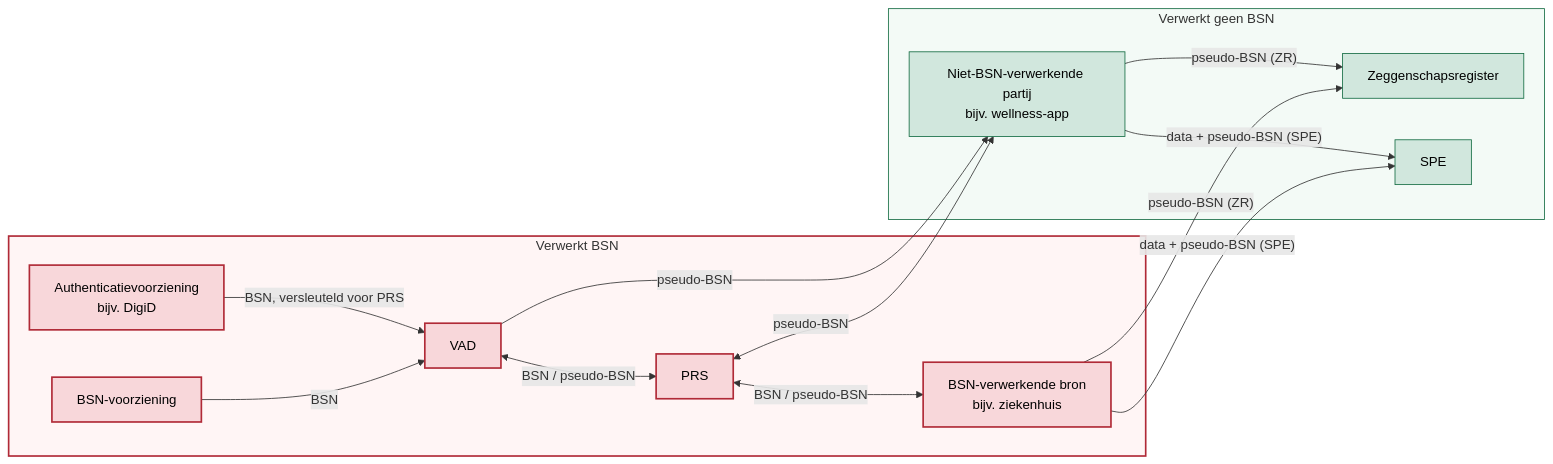
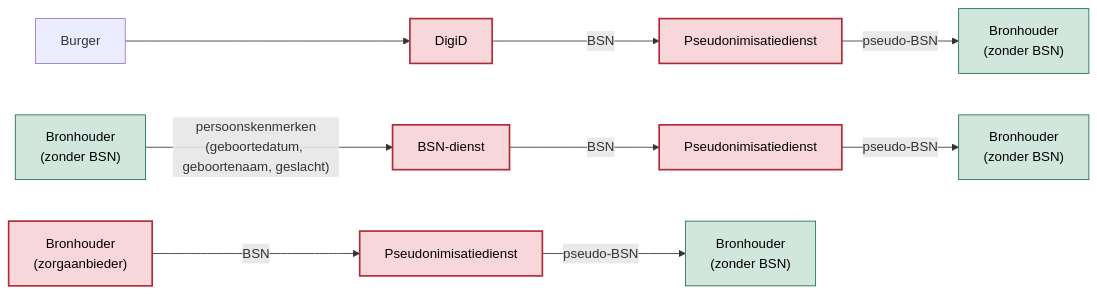
The first of 9 diagrams in input/pagecontent/identification-sg.md (minvws/generiekefuncties-docs), drawn with Mermaid before and after one commit. The commit also changed other lines of this file and 1 other file, not shown here.

````diff
--- a/input/pagecontent/identification-sg.md
+++ b/input/pagecontent/identification-sg.md
@@ -112,34 +107,18 @@
 ```mermaid
 flowchart LR
-    subgraph bsn["Verwerkt BSN"]
-        digid["Authenticatievoorziening<br/>bijv. DigiD"]
-        sbvz["BSN-voorziening"]
-        vad["VAD"]
-        prs["PRS"]
-        bron["BSN-verwerkende bron<br/>bijv. ziekenhuis"]
-    end
+    burger["Burger"] --> digid["DigiD"]
+    digid -- "BSN" --> pd1["Pseudonimisatiedienst"]
+    pd1 -- "pseudo-BSN" --> nv1["Bronhouder<br/>(zonder BSN)"]
 
-    subgraph geenbsn["Verwerkt geen BSN"]
-        partij["Niet-BSN-verwerkende partij<br/>bijv. wellness-app"]
-        zr["Zeggenschapsregister"]
-        spe["SPE"]
-    end
+    nv2a["Bronhouder<br/>(zonder BSN)"] -- "persoonskenmerken<br/>(geboortedatum, geboortenaam, geslacht)" --> bd["BSN-dienst"]
+    bd -- "BSN" --> pd2["Pseudonimisatiedienst"]
+    pd2 -- "pseudo-BSN" --> nv2b["Bronhouder<br/>(zonder BSN)"]
 
-    digid -- "BSN, versleuteld voor PRS" --> vad
-    sbvz -- "BSN" --> vad
-    vad <-->|"BSN / pseudo-BSN"| prs
-    prs <-->|"BSN / pseudo-BSN"| bron
-    vad -- "pseudo-BSN" --> partij
-    prs <-->|"pseudo-BSN"| partij
-    partij -- "pseudo-BSN (ZR)" --> zr
-    partij -- "data + pseudo-BSN (SPE)" --> spe
-    bron -- "pseudo-BSN (ZR)" --> zr
-    bron -- "data + pseudo-BSN (SPE)" --> spe
+    bron["Bronhouder<br/>(zorgaanbieder)"] -- "BSN" --> pd3["Pseudonimisatiedienst"]
+    pd3 -- "pseudo-BSN" --> nv3["Bronhouder<br/>(zonder BSN)"]
 
     classDef bsnNode fill:#f8d7da,stroke:#b02a37,stroke-width:2px,color:#000
     classDef geenBsnNode fill:#d1e7dd,stroke:#146c43,color:#000
-    class digid,sbvz,vad,prs,bron bsnNode
-    class partij,zr,spe geenBsnNode
-    style bsn fill:#fff5f5,stroke:#b02a37,stroke-width:2px
-    style geenbsn fill:#f3faf6,stroke:#146c43
+    class digid,bd,pd1,pd2,pd3,bron bsnNode
+    class nv1,nv2a,nv2b,nv3 geenBsnNode
 ```
````
